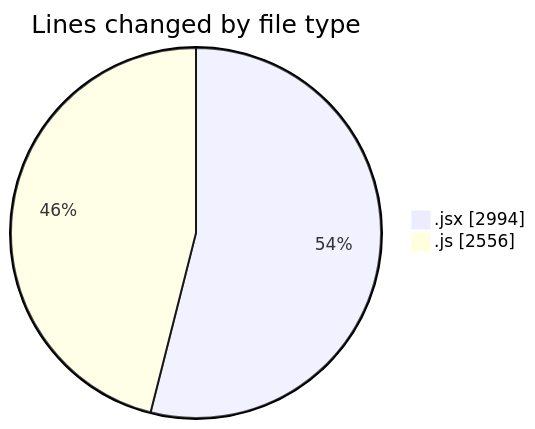
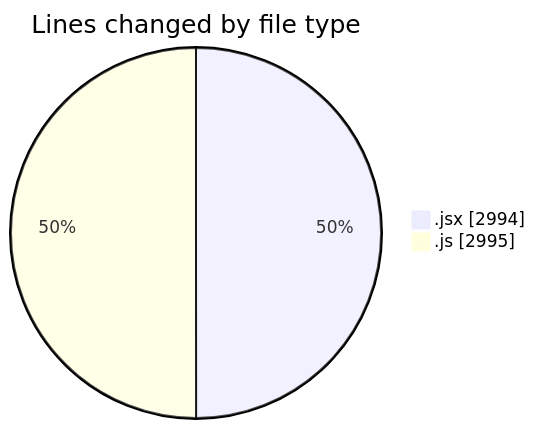
The first of 2 diagrams in 2025-07-19/nxtqube_webapp/README.md (nxtqubesakshisongat/code-tracking), drawn with Mermaid before and after one commit. The commit also changed other lines of this file and 1 other file, not shown here.

````diff
--- a/2025-07-19/nxtqube_webapp/README.md
+++ b/2025-07-19/nxtqube_webapp/README.md
@@ -30,6 +31,6 @@
 ```mermaid
 pie showData
 title Lines changed by file type
 ".jsx" : 2994
-".js" : 2556
+".js" : 2995
 ```
````
